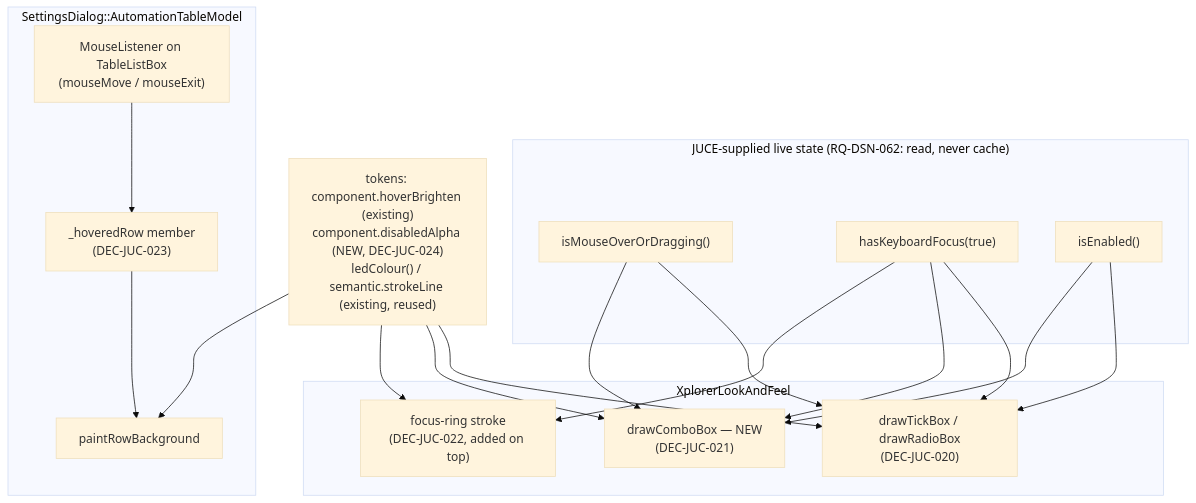
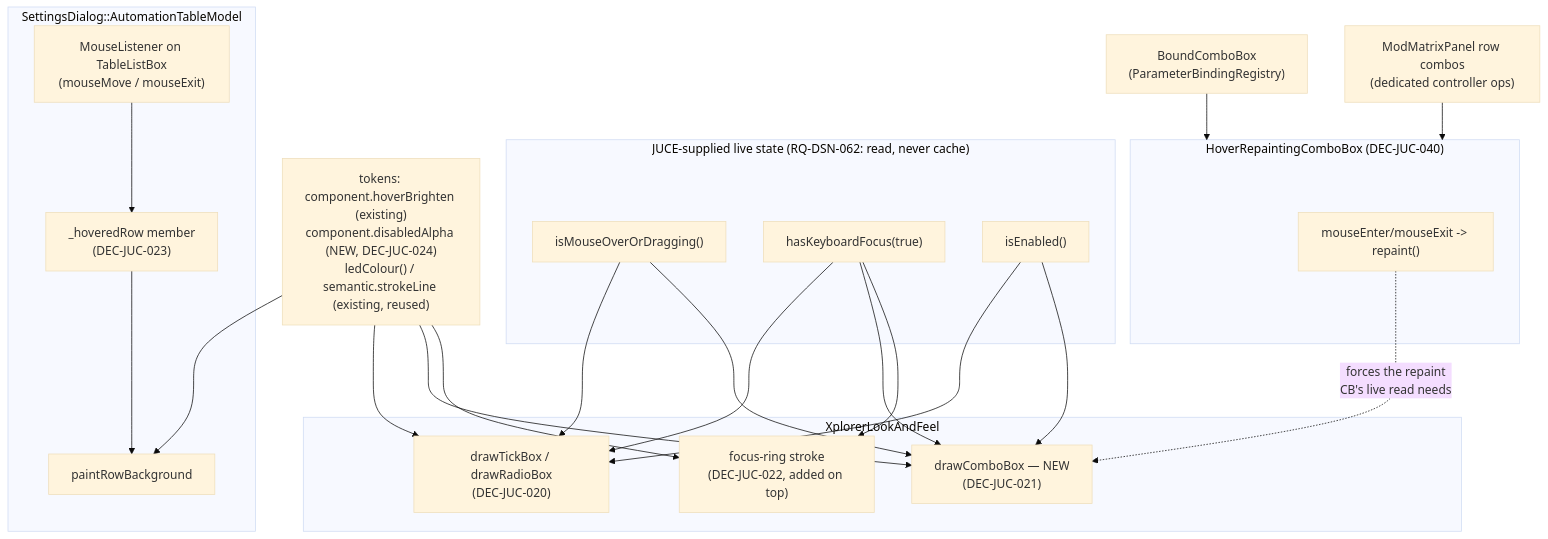
Before and after one commit to xplorer2716/XplorerEditor: the diagram in process/2.architecture/ADR-JUC-017-control-interaction-states.md, drawn with Mermaid (base theme). The commit also changed other lines of this file and 1 other file, not shown here.

Commit message:
ADR-JUC-017 amend (DEC-JUC-040): combo box hover repaint gap (issue #21); plan TASK-HLT-001

````diff
--- a/process/2.architecture/ADR-JUC-017-control-interaction-states.md
+++ b/process/2.architecture/ADR-JUC-017-control-interaction-states.md
@@ -153,35 +200,42 @@
 ```mermaid
 flowchart TB
     subgraph juce["JUCE-supplied live state (RQ-DSN-062: read, never cache)"]
         H["isMouseOverOrDragging()"]
         F["hasKeyboardFocus(true)"]
         E["isEnabled()"]
     end
 
     subgraph laf["XplorerLookAndFeel"]
         TB["drawTickBox / drawRadioBox\n(DEC-JUC-020)"]
         CB["drawComboBox — NEW\n(DEC-JUC-021)"]
         FR["focus-ring stroke\n(DEC-JUC-022, added on top)"]
     end
+
+    subgraph hrc["HoverRepaintingComboBox (DEC-JUC-040)"]
+        RP["mouseEnter/mouseExit -> repaint()"]
+    end
+    RP -.->|"forces the repaint\nCB's live read needs"| CB
+    BCB["BoundComboBox\n(ParameterBindingRegistry)"] --> hrc
+    MMC["ModMatrixPanel row combos\n(dedicated controller ops)"] --> hrc
 
     subgraph tbl["SettingsDialog::AutomationTableModel"]
         MM["MouseListener on TableListBox\n(mouseMove / mouseExit)"]
         HR["_hoveredRow member\n(DEC-JUC-023)"]
         PRB["paintRowBackground"]
         MM --> HR --> PRB
     end
 
     H --> TB
     H --> CB
     F --> TB
     F --> CB
     F --> FR
     E --> TB
     E --> CB
 
     TOK["tokens: component.hoverBrighten (existing)\ncomponent.disabledAlpha (NEW, DEC-JUC-024)\nledColour() / semantic.strokeLine (existing, reused)"]
     TOK --> TB
     TOK --> CB
     TOK --> FR
     TOK --> PRB
 ```
````
